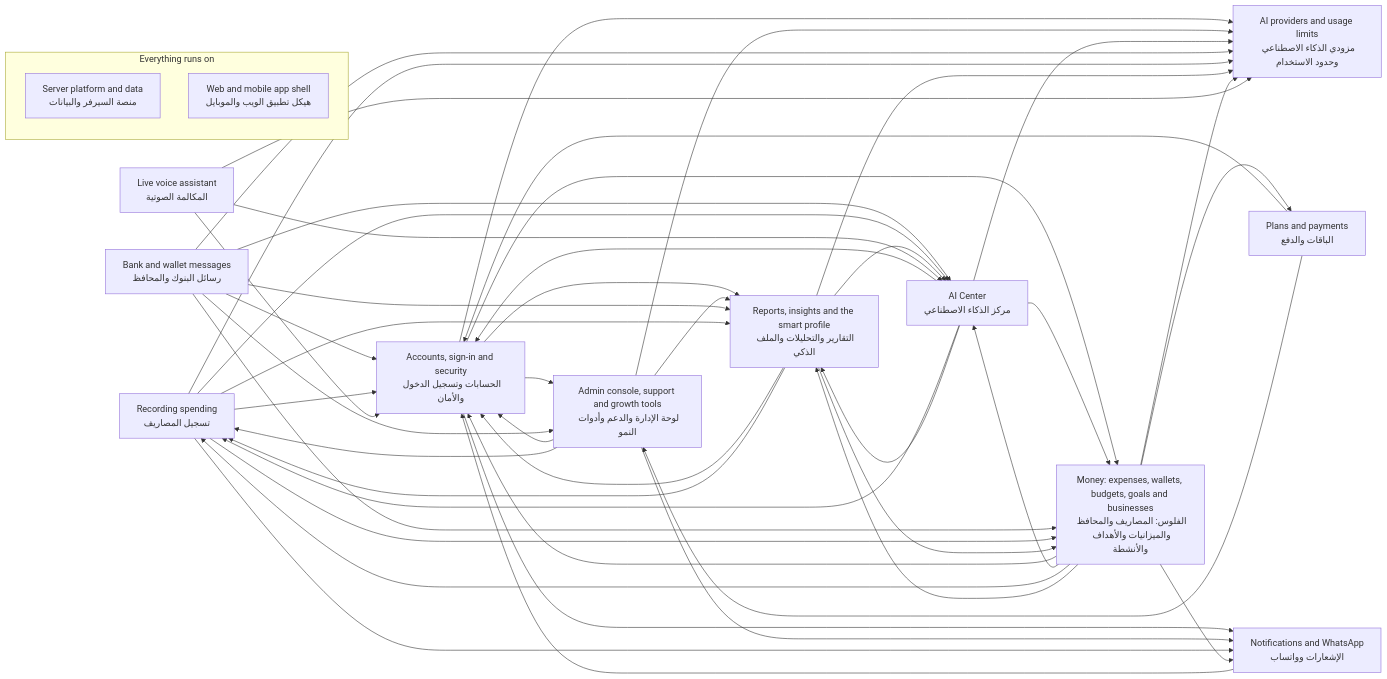
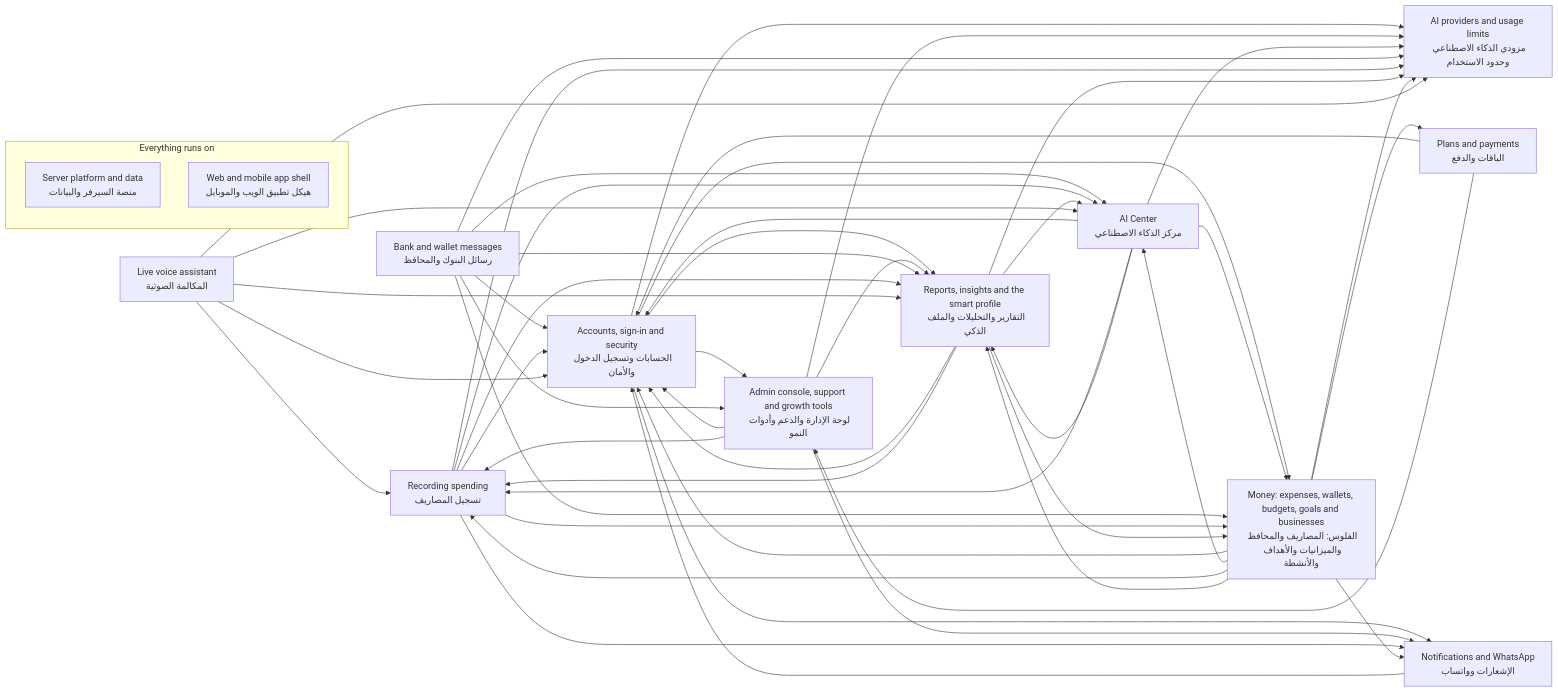
One commit to mahmoudtaherr111/smartspend_mini_all changed the diagram in docs/atlas/systems/README.md. Above: the diagram before and after it, drawn with Mermaid. The commit also changed other lines of this file and 68 other files, not shown here.

````diff
--- a/docs/atlas/systems/README.md
+++ b/docs/atlas/systems/README.md
@@ -15,63 +15,65 @@
 ```mermaid
 flowchart LR
   sys_expense_capture["Recording spending<br/>تسجيل المصاريف"]
   sys_bank_messages["Bank and wallet messages<br/>رسائل البنوك والمحافظ"]
   sys_voice_calls["Live voice assistant<br/>المكالمة الصوتية"]
   sys_ai_center["AI Center<br/>مركز الذكاء الاصطناعي"]
   sys_insights["Reports, insights and the smart profile<br/>التقارير والتحليلات والملف الذكي"]
   sys_money["Money: expenses, wallets, budgets, goals and businesses<br/>الفلوس: المصاريف والمحافظ والميزانيات والأهداف والأنشطة"]
   sys_accounts["Accounts, sign-in and security<br/>الحسابات وتسجيل الدخول والأمان"]
   sys_billing["Plans and payments<br/>الباقات والدفع"]
   sys_notifications["Notifications and WhatsApp<br/>الإشعارات وواتساب"]
   sys_admin["Admin console, support and growth tools<br/>لوحة الإدارة والدعم وأدوات النمو"]
   sys_ai_platform["AI providers and usage limits<br/>مزودي الذكاء الاصطناعي وحدود الاستخدام"]
   subgraph g_foundation["Everything runs on"]
     sys_platform["Server platform and data<br/>منصة السيرفر والبيانات"]
     sys_web_app["Web and mobile app shell<br/>هيكل تطبيق الويب والموبايل"]
   end
   sys_accounts --> sys_admin
   sys_accounts --> sys_ai_platform
   sys_accounts --> sys_insights
   sys_accounts --> sys_money
   sys_accounts --> sys_notifications
   sys_admin --> sys_accounts
   sys_admin --> sys_ai_platform
   sys_admin --> sys_expense_capture
   sys_admin --> sys_insights
   sys_admin --> sys_notifications
   sys_ai_center --> sys_accounts
   sys_ai_center --> sys_ai_platform
   sys_ai_center --> sys_expense_capture
   sys_ai_center --> sys_insights
   sys_ai_center --> sys_money
   sys_bank_messages --> sys_accounts
   sys_bank_messages --> sys_admin
   sys_bank_messages --> sys_ai_center
   sys_bank_messages --> sys_ai_platform
   sys_bank_messages --> sys_insights
   sys_bank_messages --> sys_money
   sys_billing --> sys_accounts
   sys_billing --> sys_admin
   sys_expense_capture --> sys_accounts
   sys_expense_capture --> sys_ai_center
   sys_expense_capture --> sys_ai_platform
   sys_expense_capture --> sys_insights
   sys_expense_capture --> sys_money
   sys_expense_capture --> sys_notifications
   sys_insights --> sys_accounts
   sys_insights --> sys_ai_center
   sys_insights --> sys_ai_platform
   sys_insights --> sys_expense_capture
   sys_insights --> sys_money
   sys_money --> sys_accounts
   sys_money --> sys_ai_center
   sys_money --> sys_ai_platform
   sys_money --> sys_billing
   sys_money --> sys_expense_capture
   sys_money --> sys_insights
   sys_money --> sys_notifications
   sys_notifications --> sys_accounts
   sys_voice_calls --> sys_accounts
   sys_voice_calls --> sys_ai_center
   sys_voice_calls --> sys_ai_platform
+  sys_voice_calls --> sys_expense_capture
+  sys_voice_calls --> sys_insights
 ```
````
